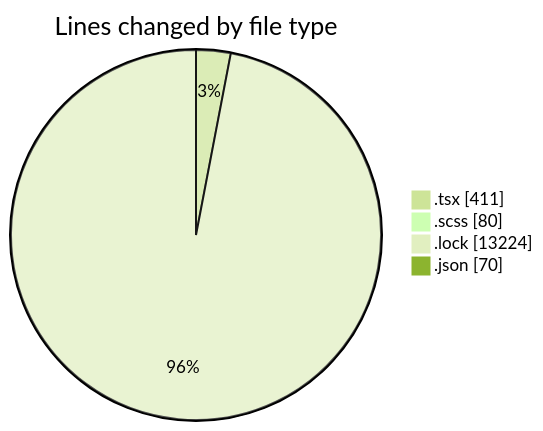
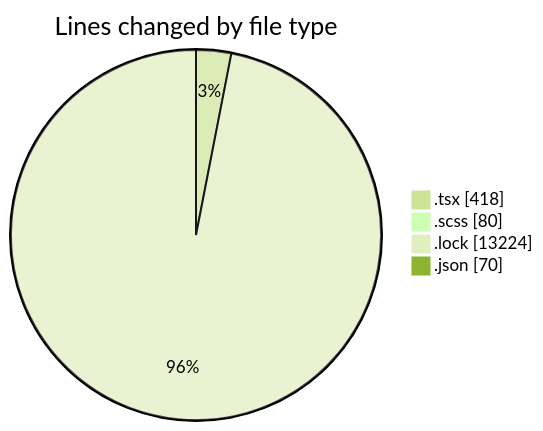
One commit to momahboobian/code-tracking changed the first of 2 diagrams in 2025-05-06/cda/README.md. Above: the diagram before and after it, drawn with Mermaid (forest theme). The commit also changed other lines of this file and 1 other file, not shown here.

````diff
--- a/2025-05-06/cda/README.md
+++ b/2025-05-06/cda/README.md
@@ -26,8 +26,8 @@
 ```mermaid
 pie showData
 title Lines changed by file type
-".tsx" : 411
+".tsx" : 418
 ".scss" : 80
 ".lock" : 13224
 ".json" : 70
 ```
````
